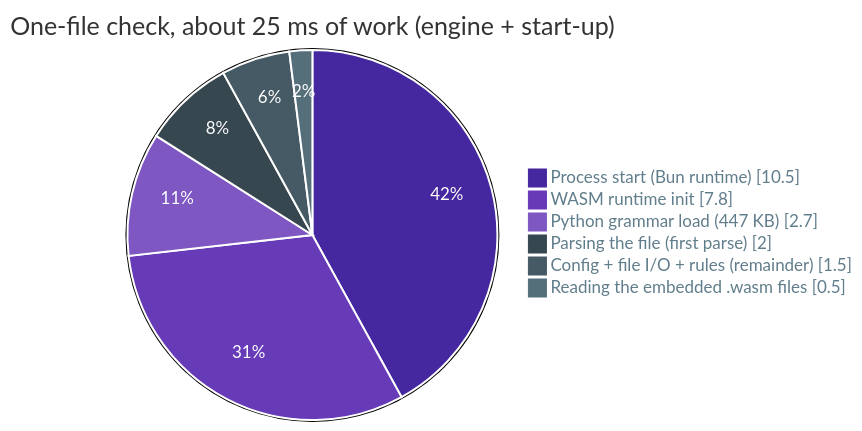
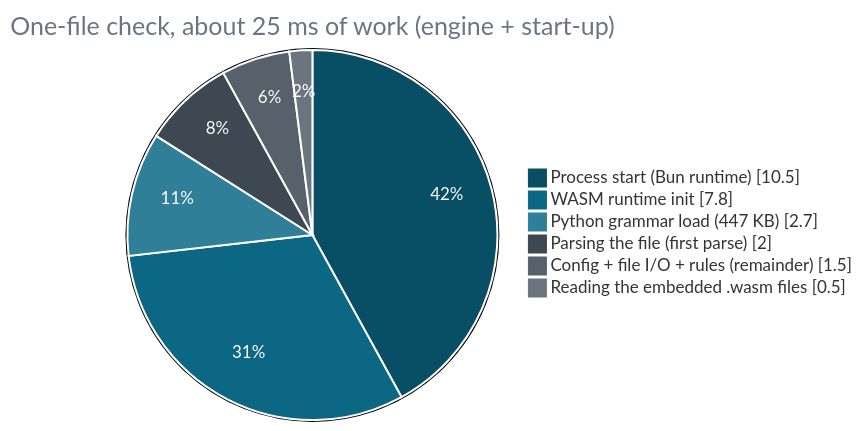
One commit to SirCypkowskyy/inwards changed the diagram in docs/chapters/06-Constraints-and-Quality.md. Above: the diagram before and after it, drawn with Mermaid. The commit also changed other lines of this file and 9 other files, not shown here.

First line of the commit message:
docs: draw diagram and status icons instead of emoji, recolour the chapter 6 pie

````diff
--- a/docs/chapters/06-Constraints-and-Quality.md
+++ b/docs/chapters/06-Constraints-and-Quality.md
@@ -120,25 +120,25 @@
 ```mermaid
 ---
 config:
   theme: base
   themeVariables:
     pieSectionTextColor: "#ffffff"
-    pieLegendTextColor: "#607d8b"
+    pieTitleTextColor: "#6b7580"
     pieStrokeColor: "#ffffff"
     pieOpacity: "1"
-    pie1: "#4527a0"
-    pie2: "#673ab7"
-    pie3: "#7e57c2"
-    pie4: "#37474f"
-    pie5: "#455a64"
-    pie6: "#546e7a"
+    pie1: "#084e65"
+    pie2: "#0b6784"
+    pie3: "#2f7f99"
+    pie4: "#3e4852"
+    pie5: "#56616c"
+    pie6: "#6b7580"
 ---
 pie showData
     title One-file check, about 25 ms of work (engine + start-up)
     "Process start (Bun runtime)" : 10.5
     "WASM runtime init" : 7.8
     "Python grammar load (447 KB)" : 2.7
     "Parsing the file (first parse)" : 2
     "Config + file I/O + rules (remainder)" : 1.5
     "Reading the embedded .wasm files" : 0.5
 ```
````
